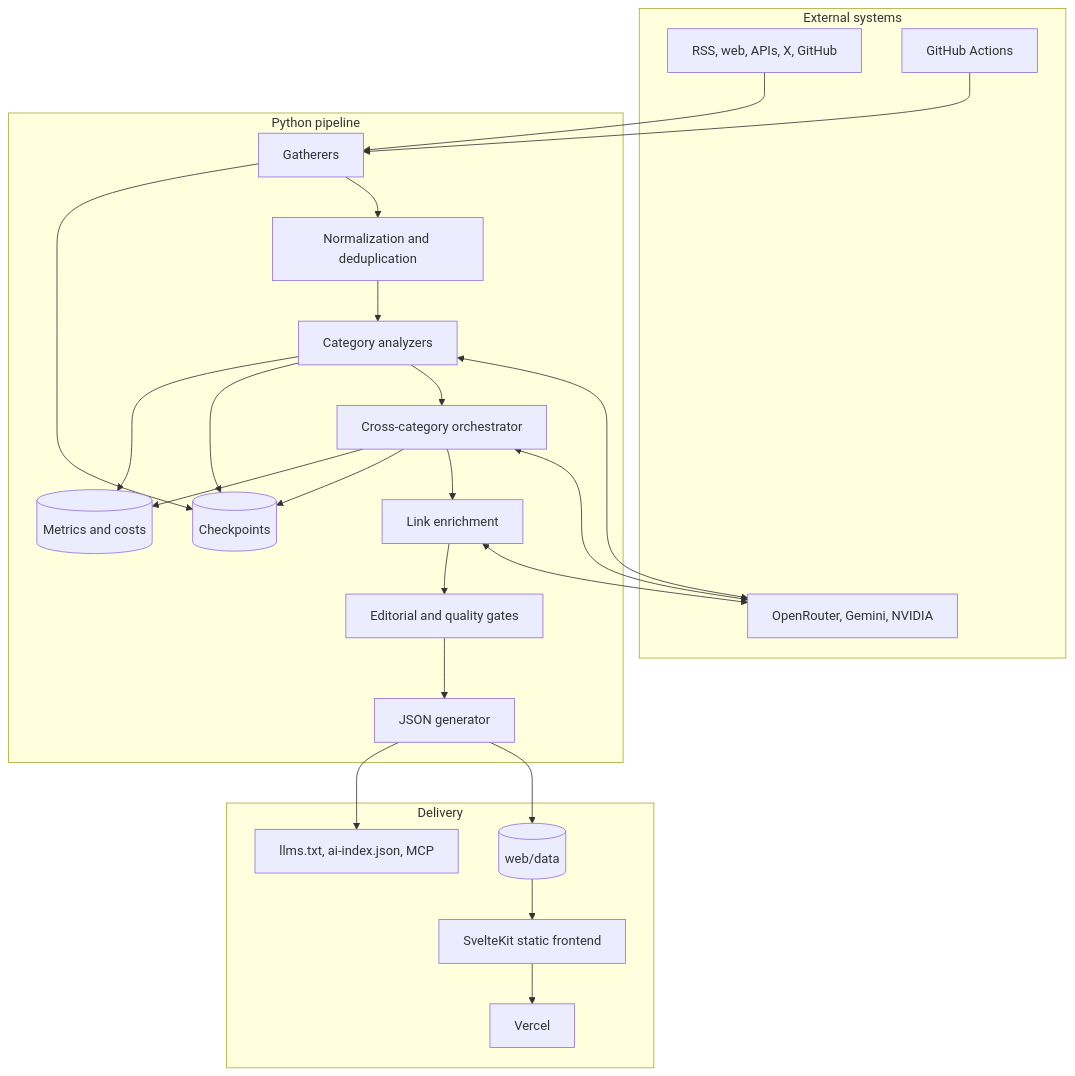
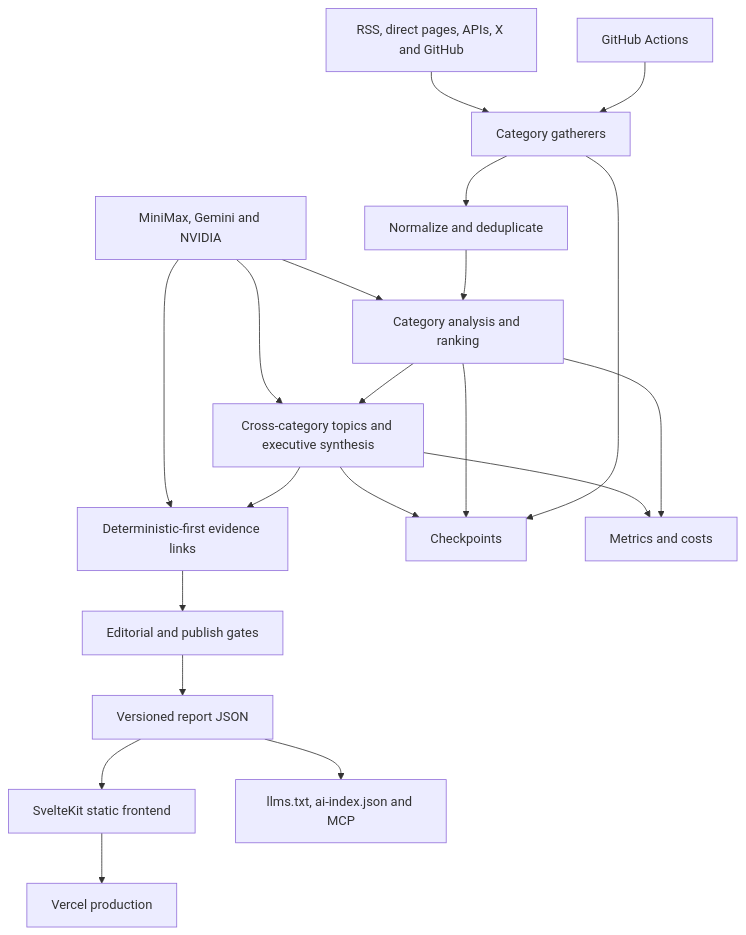
Before and after one commit to BlockFrame/AI-Observatory: the first of 2 diagrams in docs/architecture.md, drawn with Mermaid. The commit also changed other lines of this file and 11 other files, not shown here.

Commit message:
docs: establish canonical documentation architecture (#25)

````diff
--- a/docs/architecture.md
+++ b/docs/architecture.md
@@ -7,41 +7,22 @@
 ```mermaid
 flowchart TB
-    subgraph External[External systems]
-        SOURCES[RSS, web, APIs, X, GitHub]
-        LLMS[OpenRouter, Gemini, NVIDIA]
-        GHA[GitHub Actions]
-    end
-
-    subgraph Core[Python pipeline]
-        GATHER[Gatherers]
-        NORMALIZE[Normalization and deduplication]
-        CATEGORY[Category analyzers]
-        ORCH[Cross-category orchestrator]
-        ENRICH[Link enrichment]
-        QUALITY[Editorial and quality gates]
-        SERIALIZE[JSON generator]
-        CHECKPOINTS[(Checkpoints)]
-        TELEMETRY[(Metrics and costs)]
-    end
-
-    subgraph Delivery[Delivery]
-        REPORTS[(web/data)]
-        FRONTEND[SvelteKit static frontend]
-        MACHINE[llms.txt, ai-index.json, MCP]
-        VERCEL[Vercel]
-    end
-
-    GHA --> GATHER
-    SOURCES --> GATHER --> NORMALIZE --> CATEGORY
-    CATEGORY <--> LLMS
-    CATEGORY --> ORCH <--> LLMS
-    ORCH --> ENRICH <--> LLMS
-    ENRICH --> QUALITY --> SERIALIZE
-    GATHER --> CHECKPOINTS
+    WORKFLOW[GitHub Actions] --> GATHER[Category gatherers]
+    SOURCES[RSS, direct pages, APIs, X and GitHub] --> GATHER
+    GATHER --> NORMALIZE[Normalize and deduplicate]
+    NORMALIZE --> CATEGORY[Category analysis and ranking]
+    CATEGORY --> ORCH[Cross-category topics and executive synthesis]
+    ORCH --> ENRICH[Deterministic-first evidence links]
+    ENRICH --> QUALITY[Editorial and publish gates]
+    QUALITY --> REPORTS[Versioned report JSON]
+    REPORTS --> FRONTEND[SvelteKit static frontend]
+    FRONTEND --> VERCEL[Vercel production]
+    REPORTS --> MACHINE[llms.txt, ai-index.json and MCP]
+    LLMS[MiniMax, Gemini and NVIDIA] --> CATEGORY
+    LLMS --> ORCH
+    LLMS --> ENRICH
+    GATHER --> CHECKPOINTS[Checkpoints]
     CATEGORY --> CHECKPOINTS
     ORCH --> CHECKPOINTS
-    CATEGORY --> TELEMETRY
+    CATEGORY --> TELEMETRY[Metrics and costs]
     ORCH --> TELEMETRY
-    SERIALIZE --> REPORTS --> FRONTEND --> VERCEL
-    SERIALIZE --> MACHINE
 ```
````
